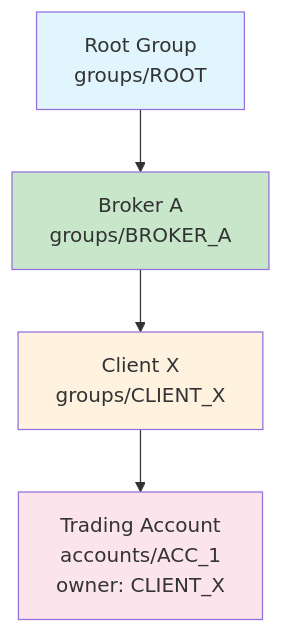
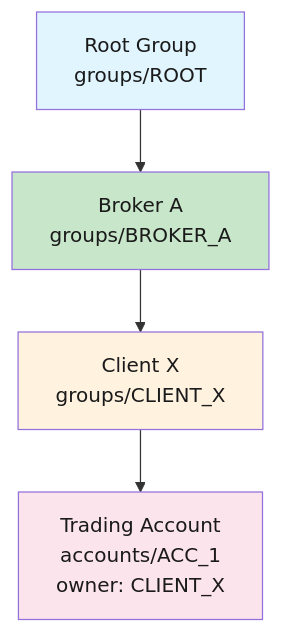
One commit to meshtrade/api changed the first of 3 diagrams in docs/docs/access-control/index.mdx. Above: the diagram before and after it, drawn with Mermaid. The commit also changed other lines of this file and 7 other files, not shown here.

````diff
--- a/docs/docs/access-control/index.mdx
+++ b/docs/docs/access-control/index.mdx
@@ -124,16 +124,16 @@
 ```mermaid
 graph TD
     Root["Root Group<br/>groups/ROOT"]
     BrokerA["Broker A<br/>groups/BROKER_A"]
     ClientX["Client X<br/>groups/CLIENT_X"]
     Account["Trading Account<br/>accounts/ACC_1<br/>owner: CLIENT_X"]
 
     Root --> BrokerA
     BrokerA --> ClientX
     ClientX --> Account
 
-    style Root fill:#e1f5fe
-    style BrokerA fill:#c8e6c9
-    style ClientX fill:#fff3e0
-    style Account fill:#fce4ec
+    style Root fill:#e1f5fe,color:#1a1a1a
+    style BrokerA fill:#c8e6c9,color:#1a1a1a
+    style ClientX fill:#fff3e0,color:#1a1a1a
+    style Account fill:#fce4ec,color:#1a1a1a
 ```
````
